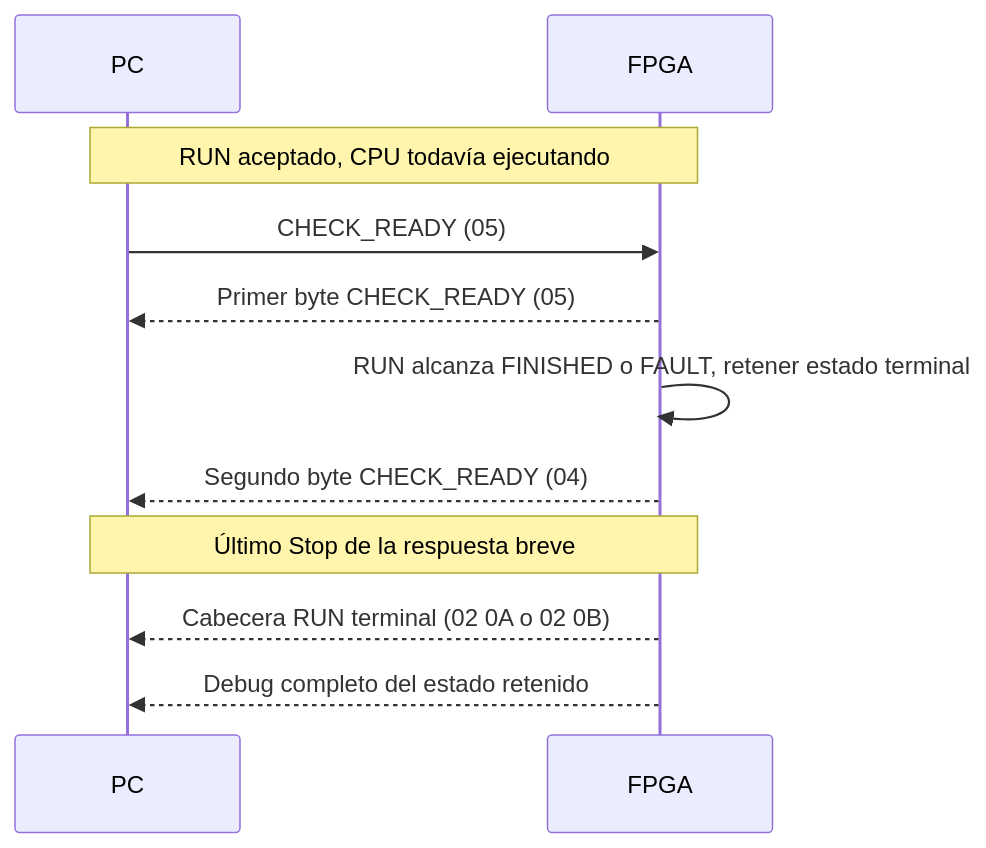
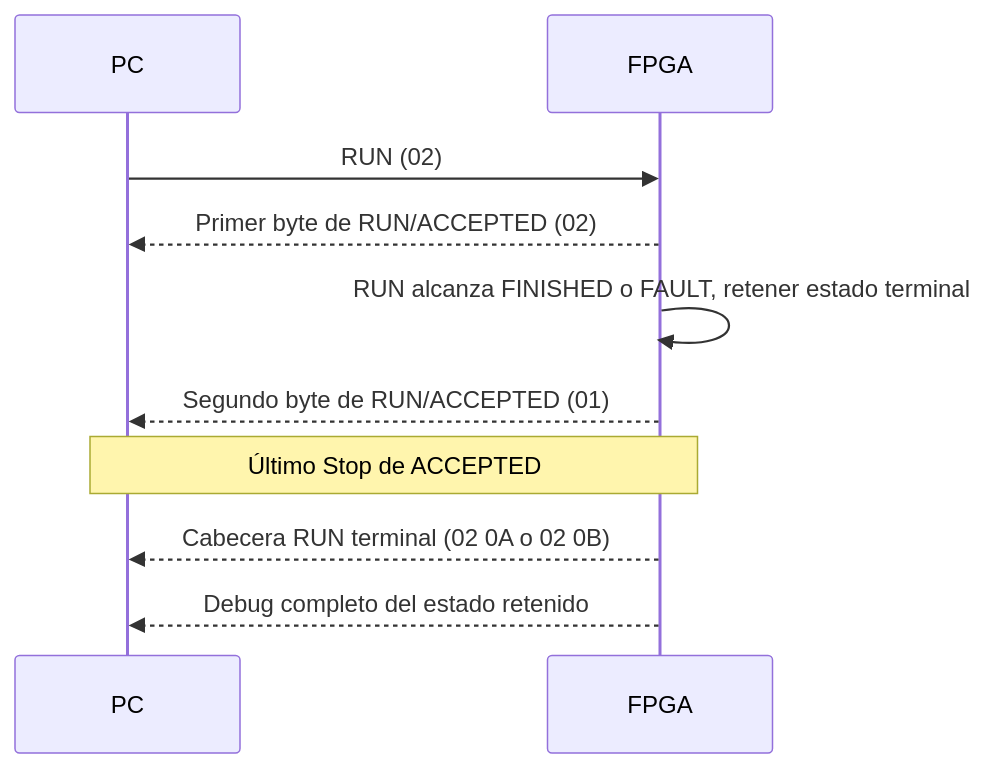
Before and after one commit to FrancoPerotti/computer-architecture-tps: diagram 14 of 20 in tp3/docs/protocol.md, drawn with Mermaid. The commit also changed other lines of this file and 49 other files, not shown here.

````diff
--- a/tp3/docs/protocol.md
+++ b/tp3/docs/protocol.md
@@ -795,13 +792,12 @@
 ```mermaid
 sequenceDiagram
     participant PC as PC
     participant FPGA as FPGA
-    Note over PC,FPGA: RUN aceptado, CPU todavía ejecutando
-    PC->>FPGA: CHECK_READY (05)
-    FPGA-->>PC: Primer byte CHECK_READY (05)
+    PC->>FPGA: RUN (02)
+    FPGA-->>PC: Primer byte de RUN/ACCEPTED (02)
     FPGA->>FPGA: RUN alcanza FINISHED o FAULT, retener estado terminal
-    FPGA-->>PC: Segundo byte CHECK_READY (04)
-    Note over PC,FPGA: Último Stop de la respuesta breve
+    FPGA-->>PC: Segundo byte de RUN/ACCEPTED (01)
+    Note over PC,FPGA: Último Stop de ACCEPTED
     FPGA-->>PC: Cabecera RUN terminal (02 0A o 02 0B)
     FPGA-->>PC: Debug completo del estado retenido
 ```
````
